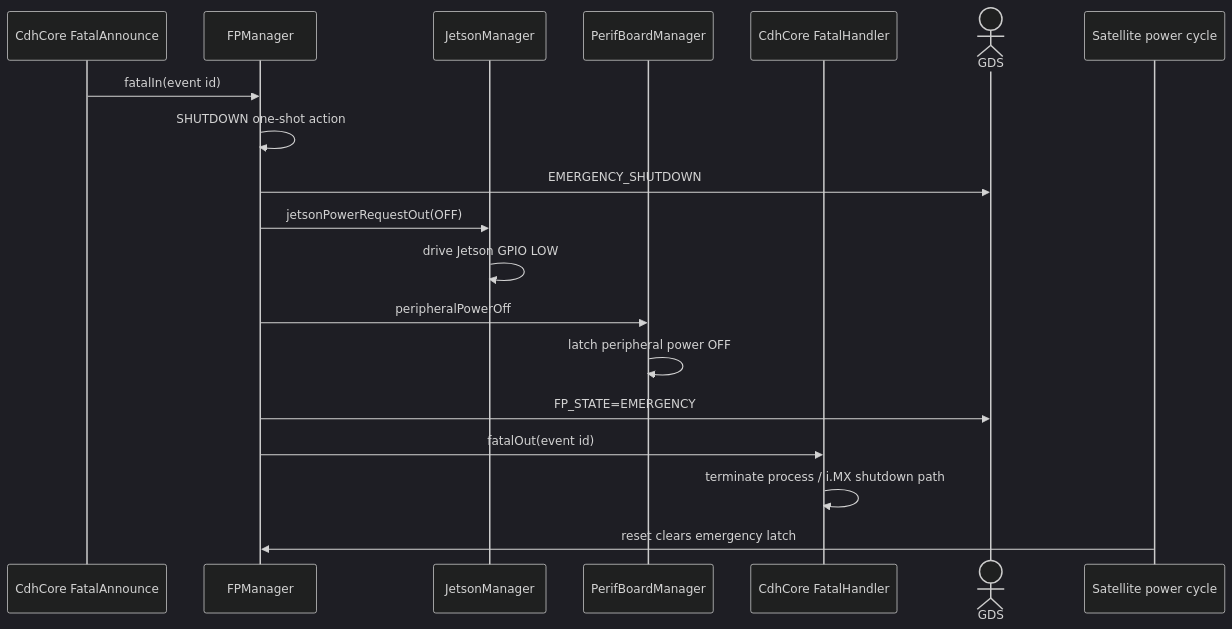
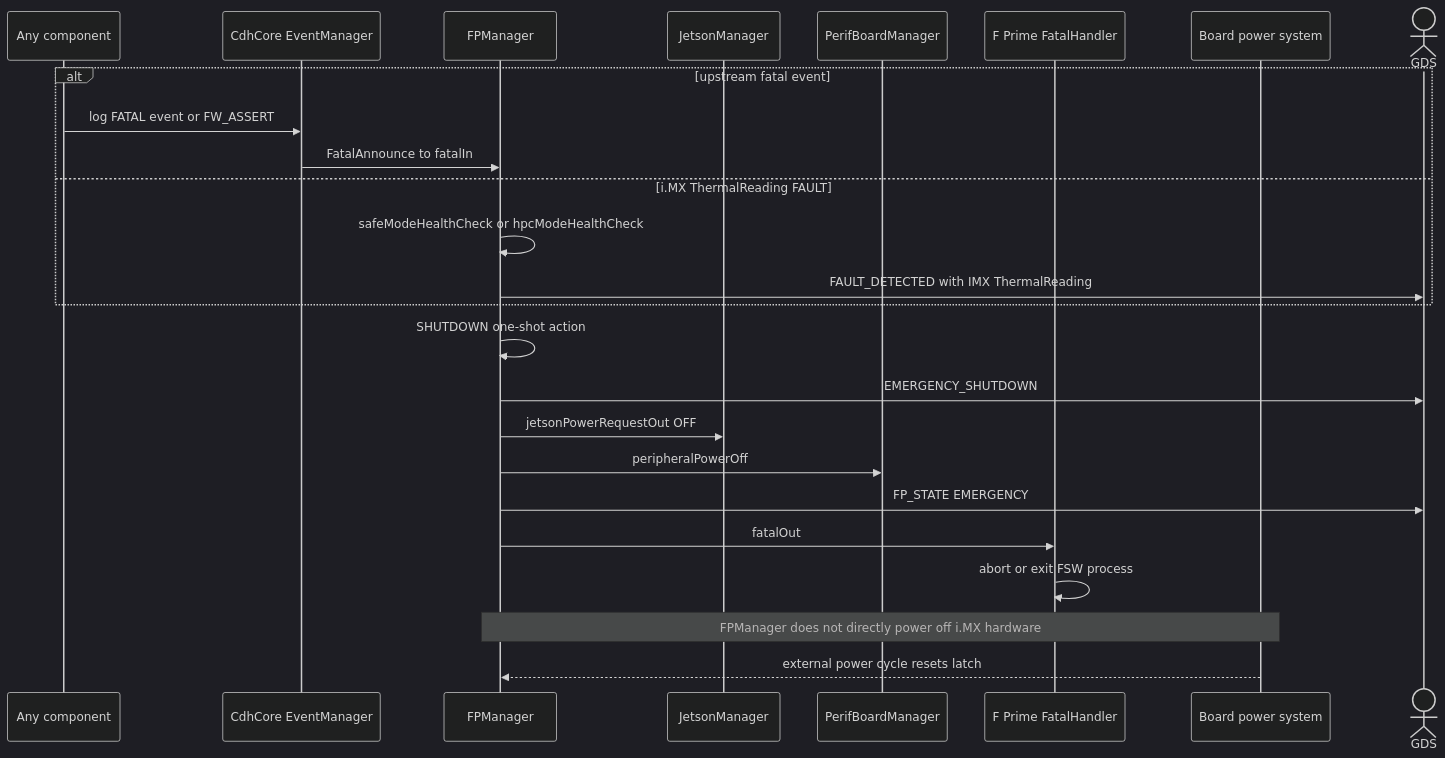
One commit to BroncoSpace-Lab/fprime-scales changed the seventh of 7 diagrams in scales/scalesSvc/FPManager/docs/sdd.md. Above: the diagram before and after it, drawn with Mermaid (dark theme). The commit also changed other lines of this file and 7 other files, not shown here.

````diff
--- a/scales/scalesSvc/FPManager/docs/sdd.md
+++ b/scales/scalesSvc/FPManager/docs/sdd.md
@@ -321,22 +316,28 @@
 ```mermaid
 sequenceDiagram
-    participant FatalAnnounce as CdhCore FatalAnnounce
+    participant Source as Any component
+    participant Events as CdhCore EventManager
     participant FPM as FPManager
     participant JM as JetsonManager
     participant PBM as PerifBoardManager
-    participant FatalHandler as CdhCore FatalHandler
+    participant FH as F Prime FatalHandler
+    participant HW as Board power system
     actor GDS as GDS
-    participant PowerCycle as Satellite power cycle
 
-    FatalAnnounce->>FPM: fatalIn(event id)
+    alt upstream fatal event
+        Source->>Events: log FATAL event or FW_ASSERT
+        Events->>FPM: FatalAnnounce to fatalIn
+    else i.MX ThermalReading FAULT
+        FPM->>FPM: safeModeHealthCheck or hpcModeHealthCheck
+        FPM->>GDS: FAULT_DETECTED with IMX ThermalReading
+    end
     FPM->>FPM: SHUTDOWN one-shot action
     FPM->>GDS: EMERGENCY_SHUTDOWN
-    FPM->>JM: jetsonPowerRequestOut(OFF)
-    JM->>JM: drive Jetson GPIO LOW
+    FPM->>JM: jetsonPowerRequestOut OFF
     FPM->>PBM: peripheralPowerOff
-    PBM->>PBM: latch peripheral power OFF
-    FPM->>GDS: FP_STATE=EMERGENCY
-    FPM->>FatalHandler: fatalOut(event id)
-    FatalHandler->>FatalHandler: terminate process / i.MX shutdown path
-    PowerCycle->>FPM: reset clears emergency latch
+    FPM->>GDS: FP_STATE EMERGENCY
+    FPM->>FH: fatalOut
+    FH->>FH: abort or exit FSW process
+    Note over FPM,HW: FPManager does not directly power off i.MX hardware
+    HW-->>FPM: external power cycle resets latch
 ```
````
